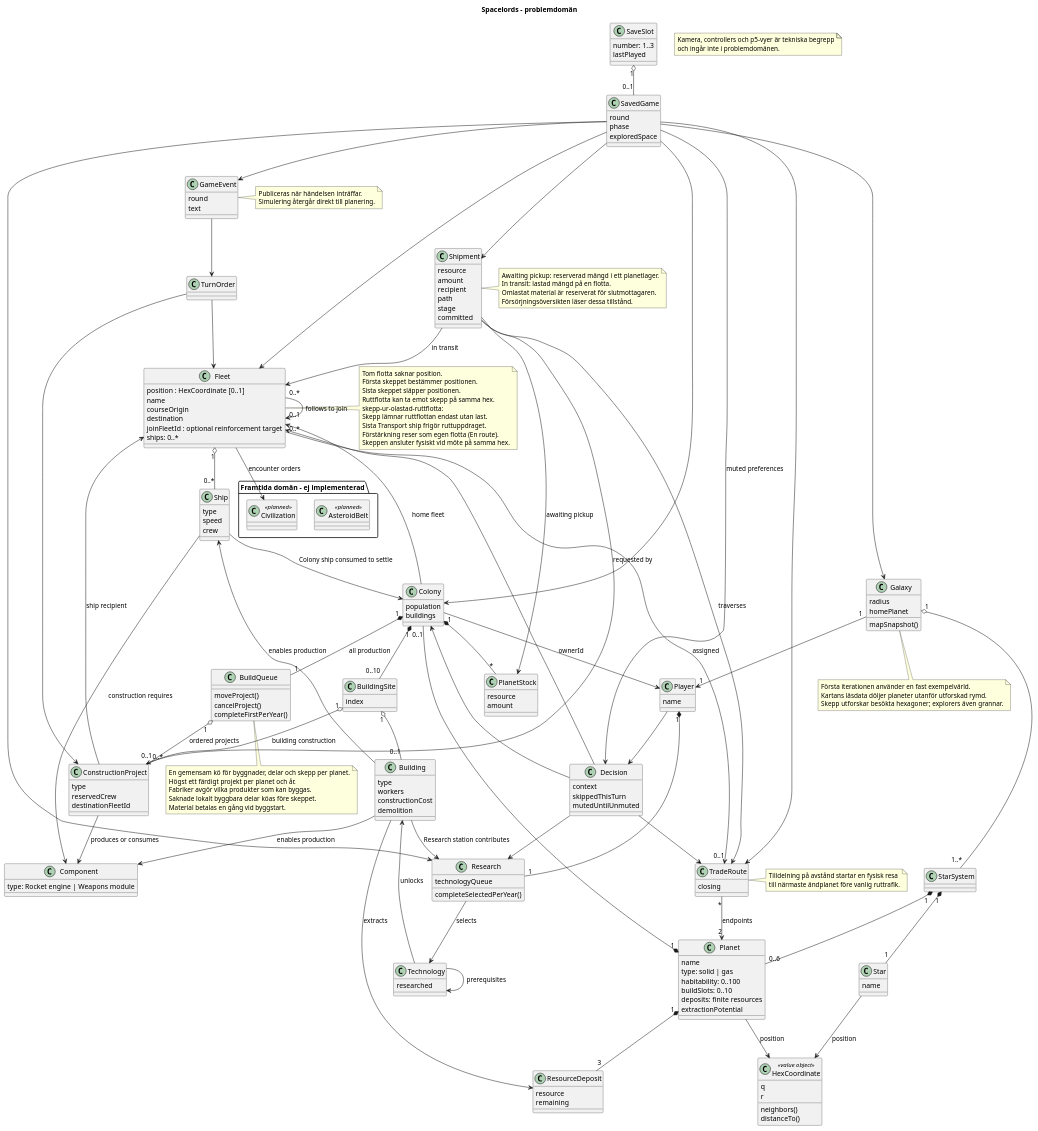
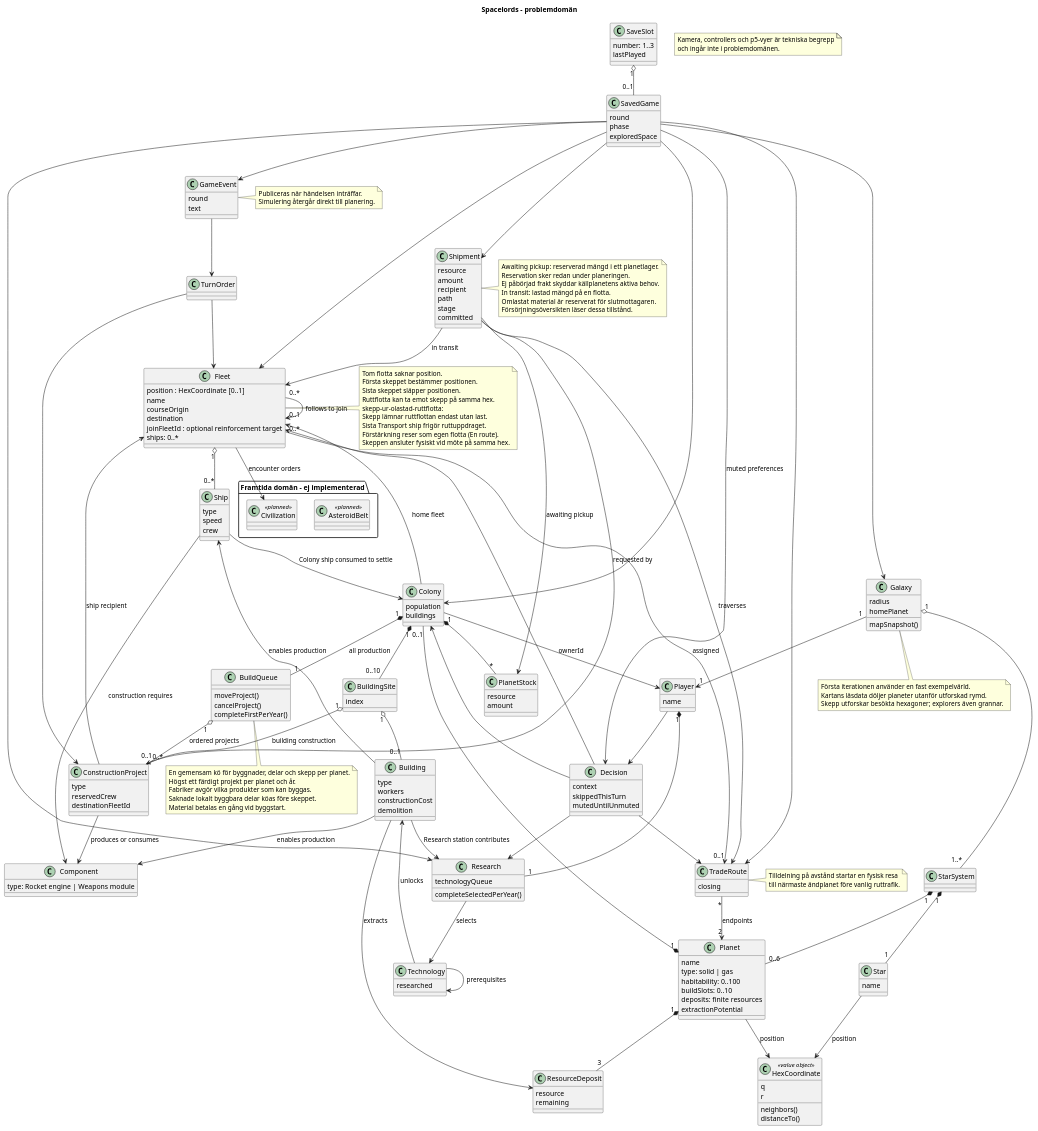
Before and after one commit to dntoll/spacelords: the diagram in docs/domain-model.puml, drawn with PlantUML. The commit also changed 8 other files, not shown here.

```diff
--- a/docs/domain-model.puml
+++ b/docs/domain-model.puml
@@ -184,6 +184,8 @@
 end note
 note right of Shipment
   Awaiting pickup: reserverad mängd i ett planetlager.
+  Reservation sker redan under planeringen.
+  Ej påbörjad frakt skyddar källplanetens aktiva behov.
   In transit: lastad mängd på en flotta.
   Omlastat material är reserverat för slutmottagaren.
   Försörjningsöversikten läser dessa tillstånd.
```
